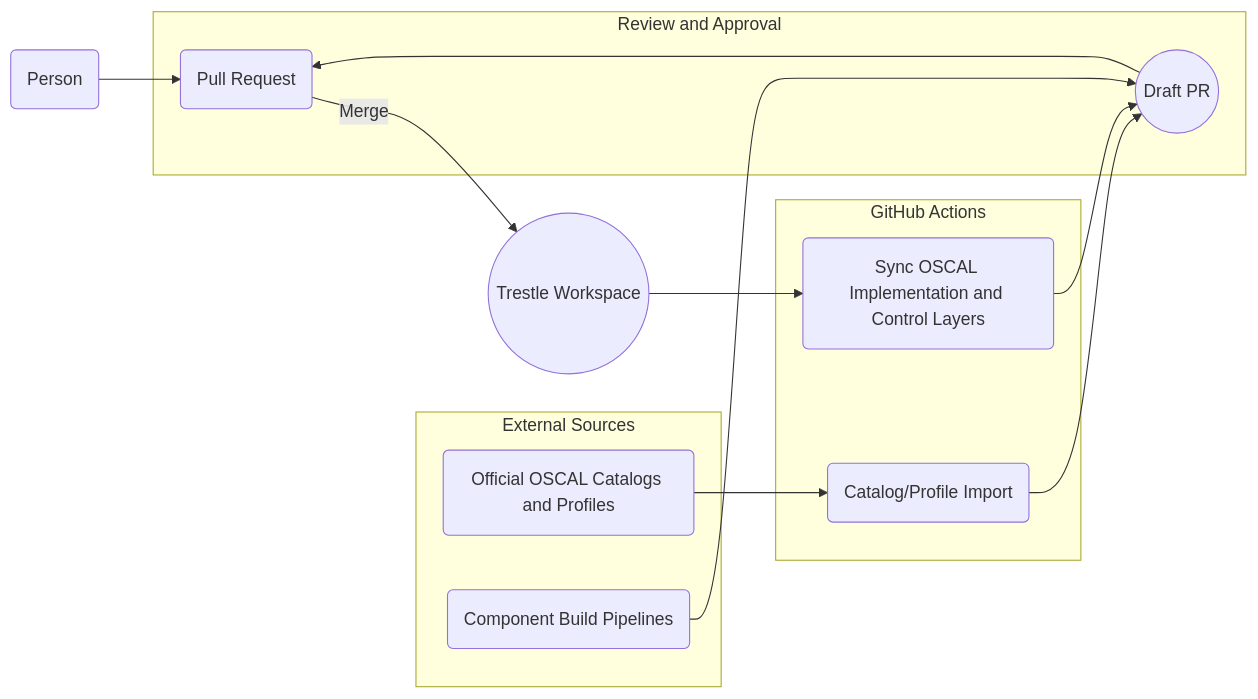
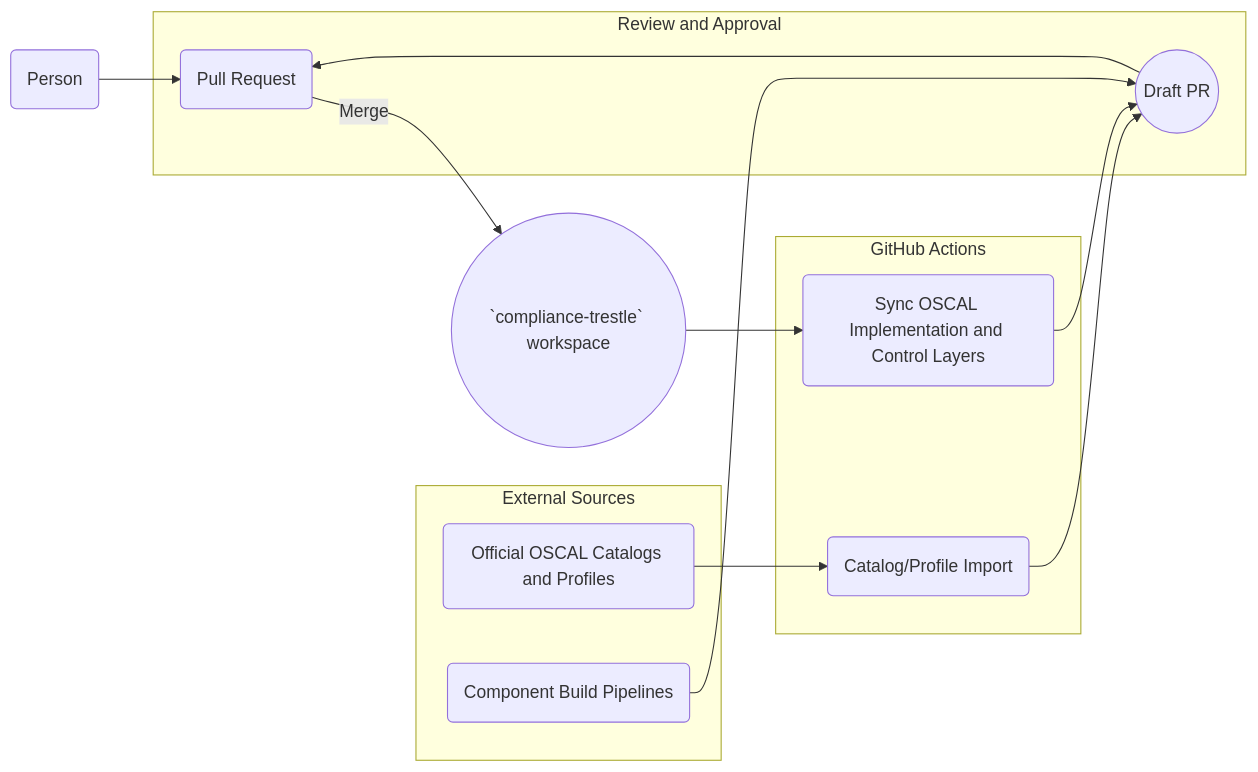
One commit to RedHatProductSecurity/trestle-demo changed the first of 3 diagrams in docs/container-diagrams.md. Above: the diagram before and after it, drawn with Mermaid. The commit also changed other lines of this file and 2 other files, not shown here.

Commit message:
updated diagrams

````diff
--- a/docs/container-diagrams.md
+++ b/docs/container-diagrams.md
@@ -13,26 +15,26 @@
 ```mermaid
 graph LR
     Person(Person)
-    Trestle_Workspace(Trestle Workspace)
+    Trestle_Workspace(`compliance-trestle` workspace)
     subgraph External Sources
         Official_Catalogs_Profiles(Official OSCAL Catalogs and Profiles)
         Component_Build_Pipelines(Component Build Pipelines)
     end
     subgraph GitHub Actions
         Catalog_Profile_Import(Catalog/Profile Import)
         Sync(Sync OSCAL Implementation and Control Layers)
     end
     subgraph Review and Approval
         Draft_PR((Draft PR))
         Pull_Request(Pull Request)
     end
     
     Person --> Pull_Request
-    Pull_Request -- Merge --> Trestle_Workspace((Trestle Workspace))
+    Pull_Request -- Merge --> Trestle_Workspace((`compliance-trestle` workspace))
     Official_Catalogs_Profiles --> Catalog_Profile_Import
     Catalog_Profile_Import --> Draft_PR
     Component_Build_Pipelines --> Draft_PR
     Trestle_Workspace --> Sync
     Sync --> Draft_PR
     Draft_PR --> Pull_Request
 ```
````
